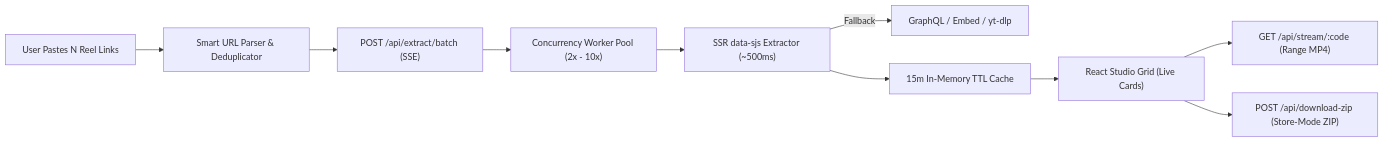
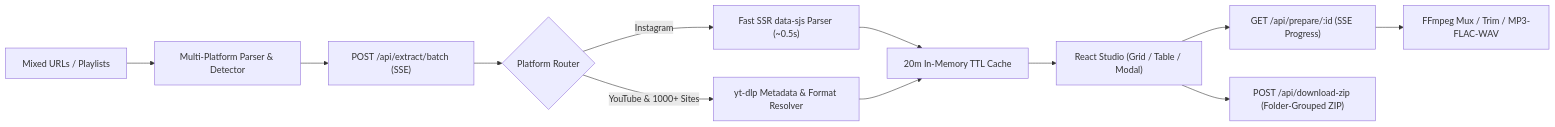
The diagram in README.md (i-m-champion/LinkDrop), drawn with Mermaid before and after one commit. The commit also changed other lines of this file and 20 other files, not shown here.

Commit message:
feat: upgrade to universal multi-platform video & audio downloader studio

````diff
--- a/README.md
+++ b/README.md
@@ -71,12 +80,14 @@
 ```mermaid
 flowchart LR
-    A["User Pastes N Reel Links"] --> B["Smart URL Parser & Deduplicator"]
+    A["Mixed URLs / Playlists"] --> B["Multi-Platform Parser & Detector"]
     B --> C["POST /api/extract/batch (SSE)"]
-    C --> D["Concurrency Worker Pool (2x - 10x)"]
-    D --> E1["SSR data-sjs Extractor (~500ms)"]
-    E1 -->|Fallback| E2["GraphQL / Embed / yt-dlp"]
-    E1 --> F["15m In-Memory TTL Cache"]
-    F --> G["React Studio Grid (Live Cards)"]
-    G --> H["GET /api/stream/:code (Range MP4)"]
-    G --> I["POST /api/download-zip (Store-Mode ZIP)"]
+    C --> D{"Platform Router"}
+    D -->|Instagram| E1["Fast SSR data-sjs Parser (~0.5s)"]
+    D -->|YouTube & 1000+ Sites| E2["yt-dlp Metadata & Format Resolver"]
+    E1 --> F["20m In-Memory TTL Cache"]
+    E2 --> F
+    F --> G["React Studio (Grid / Table / Modal)"]
+    G --> H["GET /api/prepare/:id (SSE Progress)"]
+    H --> I["FFmpeg Mux / Trim / MP3-FLAC-WAV"]
+    G --> J["POST /api/download-zip (Folder-Grouped ZIP)"]
 ```
````
